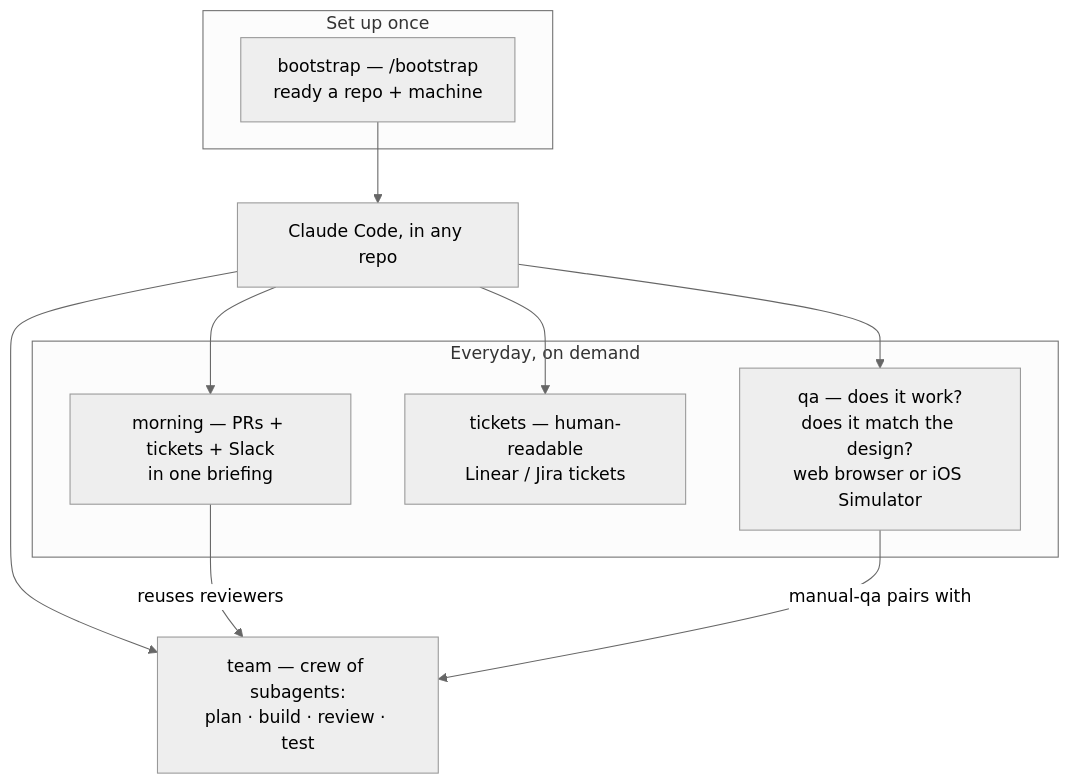
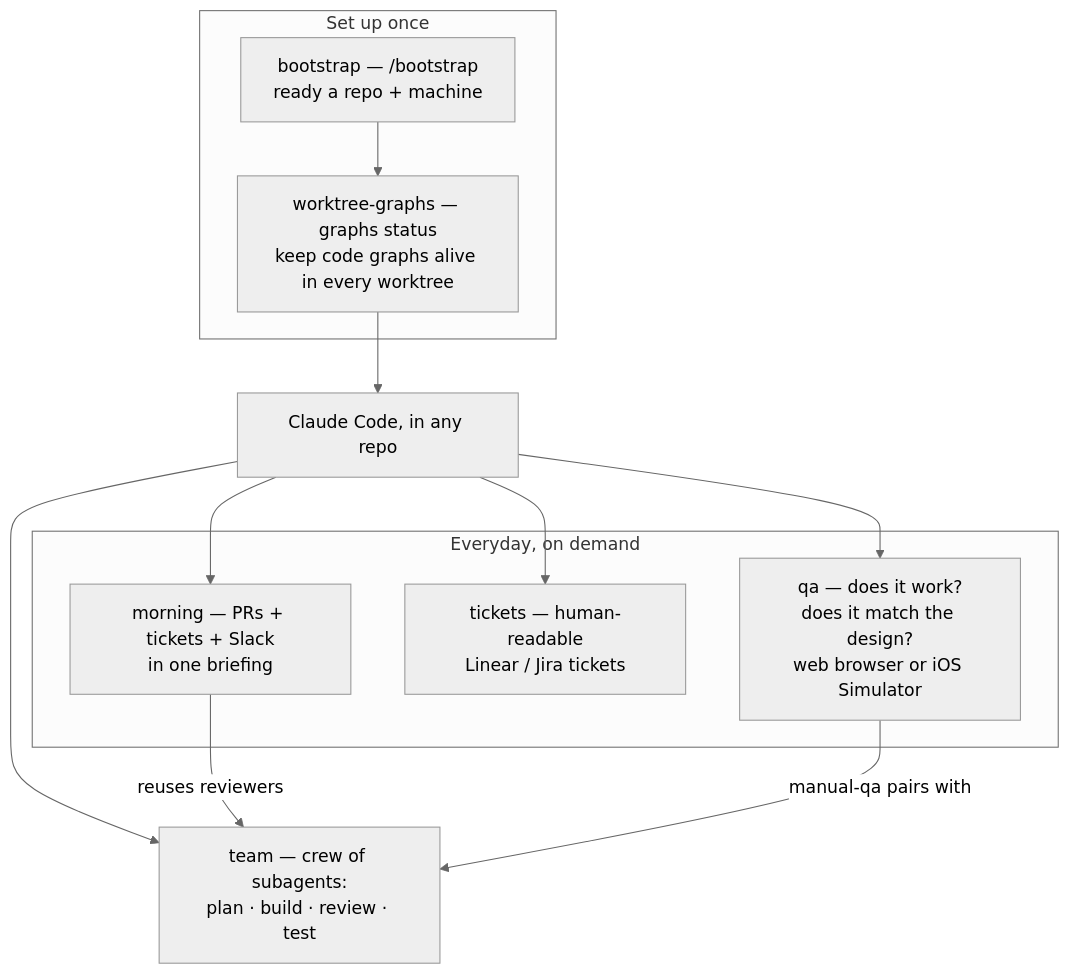
Before and after one commit to unisol1020/ai-tools: the diagram in README.md, drawn with Mermaid (neutral theme). The commit also changed other lines of this file and 5 other files, not shown here.

````diff
--- a/README.md
+++ b/README.md
@@ -9,20 +9,22 @@
 ```mermaid
 flowchart TD
   subgraph setup["Set up once"]
     BOOT["bootstrap — /bootstrap<br/>ready a repo + machine"]
+    WTG["worktree-graphs — graphs status<br/>keep code graphs alive in every worktree"]
   end
   CC["Claude Code, in any repo"]
   subgraph daily["Everyday, on demand"]
     QA["qa — does it work?<br/>does it match the design?<br/>web browser or iOS Simulator"]
     TIX["tickets — human-readable<br/>Linear / Jira tickets"]
     MORN["morning — PRs + tickets + Slack<br/>in one briefing"]
   end
   TEAM["team — crew of subagents:<br/>plan · build · review · test"]
-  BOOT --> CC
+  BOOT --> WTG
+  WTG --> CC
   CC --> QA
   CC --> TIX
   CC --> MORN
   CC --> TEAM
   MORN -->|reuses reviewers| TEAM
   QA -->|manual-qa pairs with| TEAM
 ```
````
